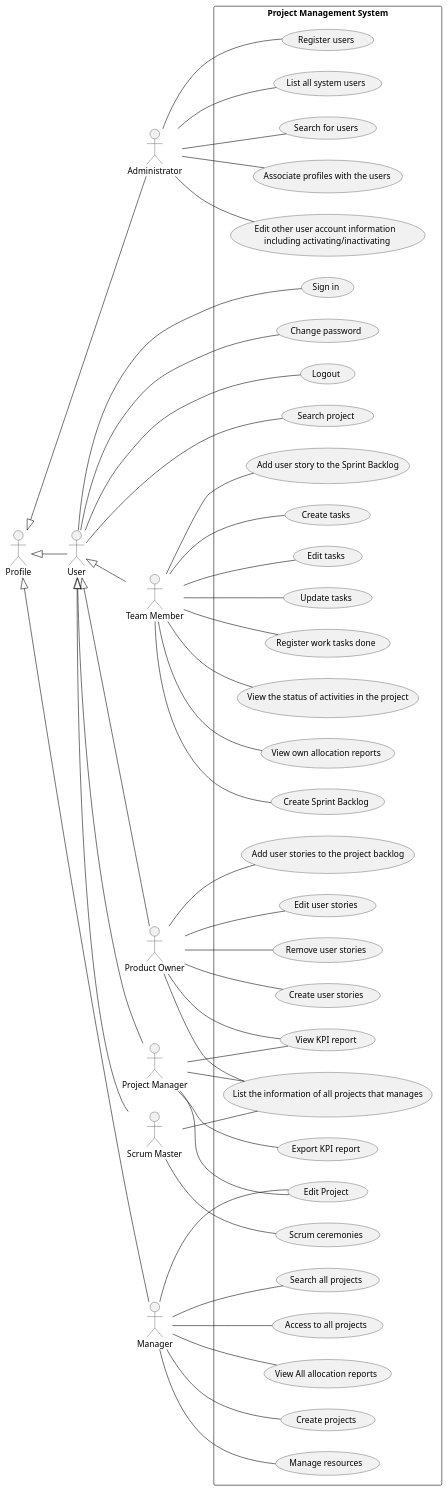
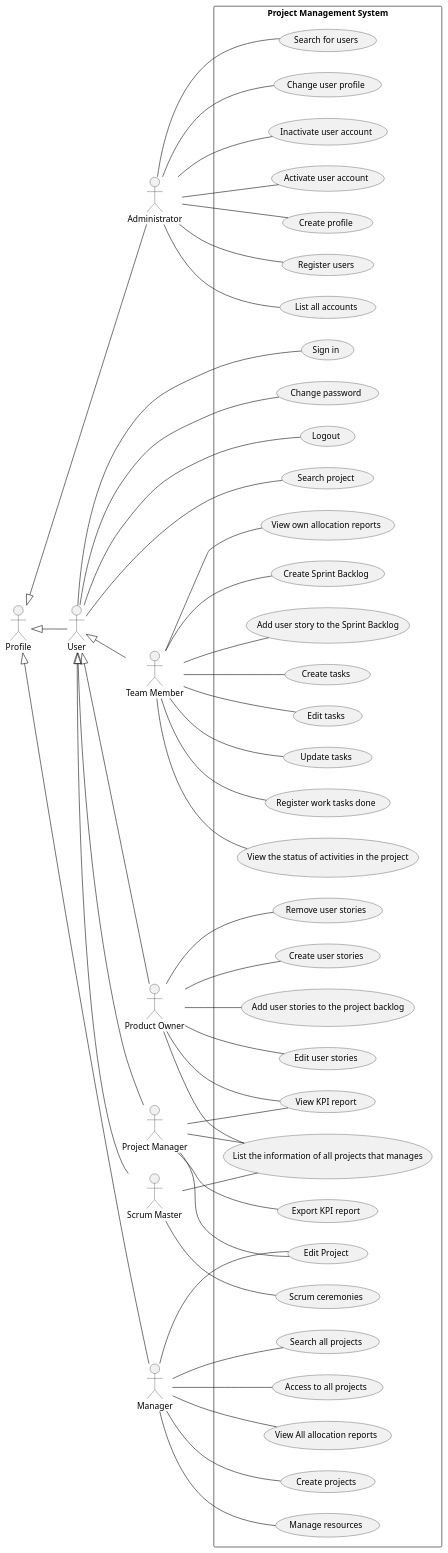
One commit to ivo-menezes/project_g3 changed the diagram in docs/modelling_design/use_case_diagram/project_management_system.puml. Above: the diagram before and after it, drawn with PlantUML.

Commit message:
UCD:Design: project_management_system (Update)

```diff
--- a/docs/modelling_design/use_case_diagram/project_management_system.puml
+++ b/docs/modelling_design/use_case_diagram/project_management_system.puml
@@ -1,63 +1,65 @@
 @startuml
 left to right direction
 
 :Profile: as Profile
 Profile <|-- :Administrator:
 Profile <|-- :User:
 Profile <|-- :Manager:
 :User:<|-- :Team Member:
 :User:<|-- :Product Owner:
 :User:<|-- :Project Manager:
 :User:<|-- :Scrum Master:
 
 rectangle "Project Management System"{
 
 User -- (Sign in)
 User -- (Change password)
 User -- (Logout)
 User -- (Search project)
 
 :Administrator: as Administrator
+Administrator -- (Create profile)
 Administrator -- (Register users)
-Administrator -- (List all system users)
+Administrator -- (List all accounts)
 Administrator -- (Search for users)
-Administrator -- (Associate profiles with the users)
-Administrator -- (Edit other user account information \n including activating/inactivating)
+Administrator -- (Change user profile)
+Administrator -- (Inactivate user account)
+Administrator -- (Activate user account)
 
 :Manager: as Manager
 Manager -- (Create projects)
 Manager -- (Manage resources)
 Manager -- (Search all projects)
 Manager -- (Access to all projects)
 Manager -- (Edit Project)
 Manager -- (View All allocation reports)
 
 :Team Member: as "Team Member"
 "Team Member" -- (Create Sprint Backlog)
 "Team Member" -- (Add user story to the Sprint Backlog)
 "Team Member" -- (Create tasks)
 "Team Member" -- (Edit tasks)
 "Team Member" -- (Update tasks)
 "Team Member" -- (Register work tasks done)
 "Team Member" -- (View the status of activities in the project)
 "Team Member" -- (View own allocation reports)
 
 :Project Manager: as "Project Manager"
 "Project Manager" -- (List the information of all projects that manages)
 "Project Manager" -- (Edit Project)
 "Project Manager" -- (View KPI report)
 "Project Manager" -- (Export KPI report)
 
 :Product Owner: as "Product Owner"
 "Product Owner" -- (List the information of all projects that manages)
 "Product Owner" -- (Create user stories)
 "Product Owner" -- (Add user stories to the project backlog)
 "Product Owner" -- (Edit user stories)
 "Product Owner" -- (Remove user stories)
 "Product Owner" -- (View KPI report)
 
 :Scrum Master: as "Scrum Master"
 "Scrum Master" -- (List the information of all projects that manages)
 "Scrum Master" -- (Scrum ceremonies)
 }
 @enduml
```
